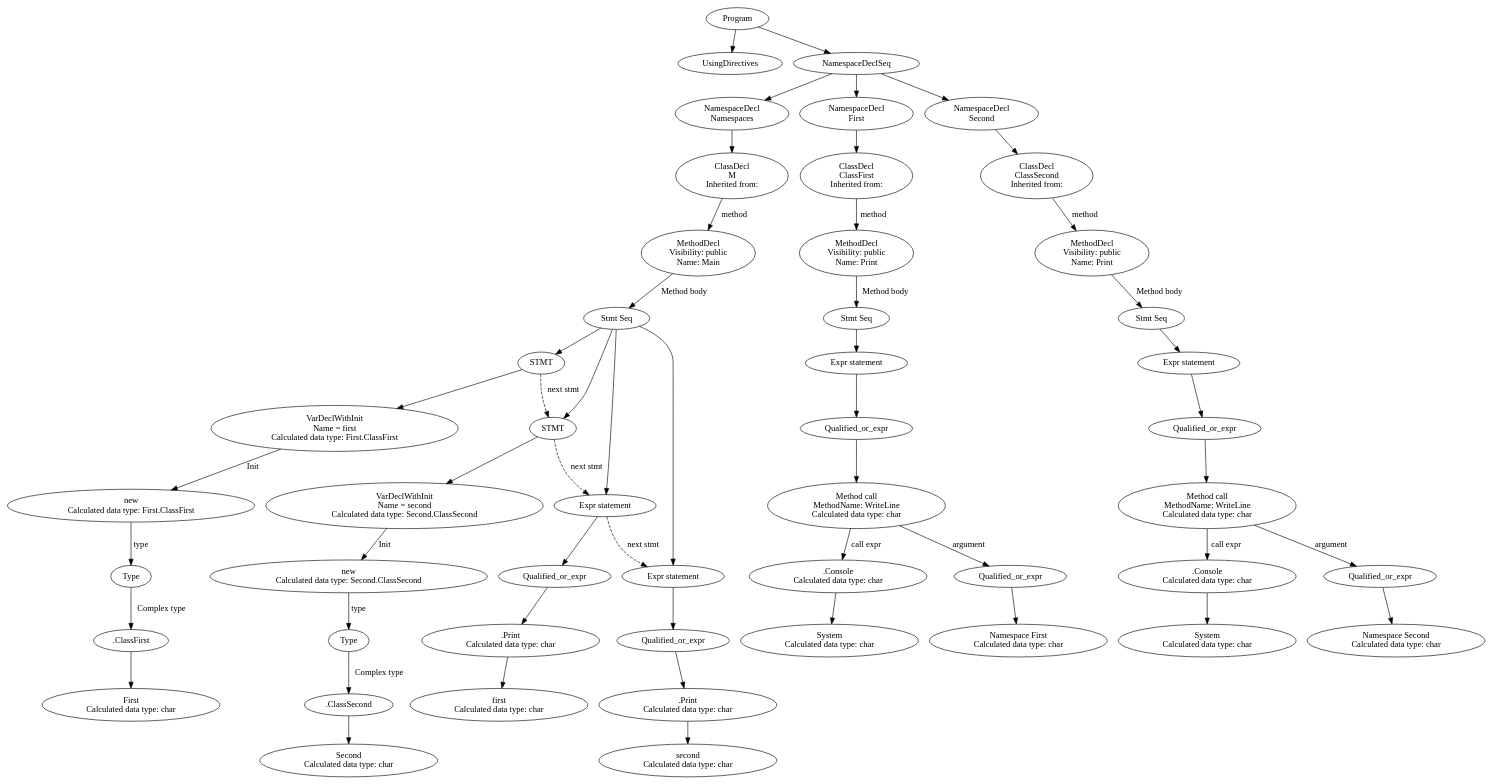
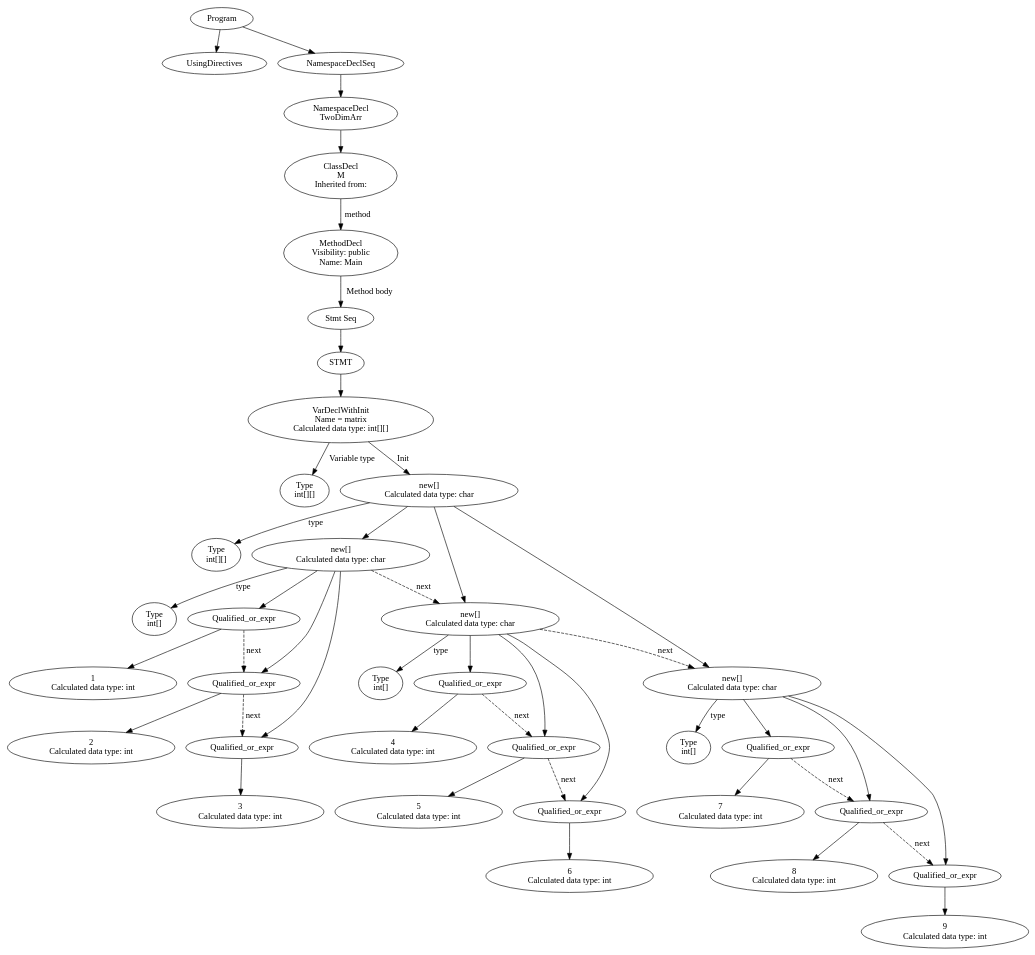
Before and after one commit to SergeyGT/CSharp_Compiler: the diagram in lexer-build/ast.dot, drawn with Graphviz. The commit also changed 2 other files, not shown here.

Commit message:
added test two dimm arr

```diff
--- a/lexer-build/ast.dot
+++ b/lexer-build/ast.dot
@@ -1,102 +1,81 @@
 digraph Program {
-59 [label="Program"]
+42 [label="Program"]
 0 [label="UsingDirectives"]
-28 [label="NamespaceDeclSeq"]
-27 [label="NamespaceDecl\nNamespaces"]
-25 [label="ClassDecl\nM\nInherited from: "]
-23 [label="MethodDecl\nVisibility: public\nName: Main"]
-8 [label="Stmt Seq"]
-7 [label="STMT"]
-6 [label="VarDeclWithInit\nName = first\nCalculated data type: First.ClassFirst"]
-5 [label="new\nCalculated data type: First.ClassFirst"]
-4 [label="Type"]
-3 [label=".ClassFirst"]
-2 [label="First\nCalculated data type: char"]
-3 -> 2
-4 -> 3 [label="Complex type"]
-5 -> 4 [label="type"]
-6 -> 5 [label="Init"]
-7 -> 6
-8 -> 7
-14 [label="STMT"]
-13 [label="VarDeclWithInit\nName = second\nCalculated data type: Second.ClassSecond"]
-12 [label="new\nCalculated data type: Second.ClassSecond"]
-11 [label="Type"]
-10 [label=".ClassSecond"]
-9 [label="Second\nCalculated data type: char"]
-10 -> 9
-11 -> 10 [label="Complex type"]
-12 -> 11 [label="type"]
-13 -> 12 [label="Init"]
-14 -> 13
-8 -> 14
-7 -> 14 [label="next stmt"][style="dashed"]
-18 [label="Expr statement"]
-17 [label="Qualified_or_expr"]
-16 [label=".Print\nCalculated data type: char"]
-15 [label="first\nCalculated data type: char"]
+41 [label="NamespaceDeclSeq"]
+40 [label="NamespaceDecl\nTwoDimArr"]
+38 [label="ClassDecl\nM\nInherited from: "]
+36 [label="MethodDecl\nVisibility: public\nName: Main"]
+35 [label="Stmt Seq"]
+34 [label="STMT"]
+33 [label="VarDeclWithInit\nName = matrix\nCalculated data type: int[][]"]
+2 [label="Type\nint[][]"]
+33 -> 2 [label="Variable type"]
+32 [label="new[]\nCalculated data type: char"]
+3 [label="Type\nint[][]"]
+32 -> 3 [label="type"]
+12 [label="new[]\nCalculated data type: char"]
+4 [label="Type\nint[]"]
+12 -> 4 [label="type"]
+6 [label="Qualified_or_expr"]
+5 [label="1\nCalculated data type: int"]
+6 -> 5
+12 -> 6
+9 [label="Qualified_or_expr"]
+8 [label="2\nCalculated data type: int"]
+9 -> 8
+12 -> 9
+6 -> 9 [label="next"][style="dashed"]
+11 [label="Qualified_or_expr"]
+10 [label="3\nCalculated data type: int"]
+11 -> 10
+12 -> 11
+9 -> 11 [label="next"][style="dashed"]
+32 -> 12
+22 [label="new[]\nCalculated data type: char"]
+14 [label="Type\nint[]"]
+22 -> 14 [label="type"]
+16 [label="Qualified_or_expr"]
+15 [label="4\nCalculated data type: int"]
 16 -> 15
-17 -> 16
-18 -> 17
-8 -> 18
-14 -> 18 [label="next stmt"][style="dashed"]
-22 [label="Expr statement"]
+22 -> 16
+19 [label="Qualified_or_expr"]
+18 [label="5\nCalculated data type: int"]
+19 -> 18
+22 -> 19
+16 -> 19 [label="next"][style="dashed"]
 21 [label="Qualified_or_expr"]
-20 [label=".Print\nCalculated data type: char"]
-19 [label="second\nCalculated data type: char"]
-20 -> 19
+20 [label="6\nCalculated data type: int"]
 21 -> 20
 22 -> 21
-8 -> 22
-18 -> 22 [label="next stmt"][style="dashed"]
-23 -> 8 [label="Method body"]
-25 -> 23 [label="method"]
-27 -> 25
+19 -> 21 [label="next"][style="dashed"]
+32 -> 22
+12 -> 22 [label="next"][style="dashed"]
+31 [label="new[]\nCalculated data type: char"]
+23 [label="Type\nint[]"]
+31 -> 23 [label="type"]
+25 [label="Qualified_or_expr"]
+24 [label="7\nCalculated data type: int"]
+25 -> 24
+31 -> 25
+28 [label="Qualified_or_expr"]
+27 [label="8\nCalculated data type: int"]
 28 -> 27
-43 [label="NamespaceDecl\nFirst"]
-41 [label="ClassDecl\nClassFirst\nInherited from: "]
-39 [label="MethodDecl\nVisibility: public\nName: Print"]
-38 [label="Stmt Seq"]
-37 [label="Expr statement"]
-36 [label="Qualified_or_expr"]
-35 [label="Method call\nMethodName: WriteLine\nCalculated data type: char"]
-31 [label=".Console\nCalculated data type: char"]
-30 [label="System\nCalculated data type: char"]
+31 -> 28
+25 -> 28 [label="next"][style="dashed"]
+30 [label="Qualified_or_expr"]
+29 [label="9\nCalculated data type: int"]
+30 -> 29
 31 -> 30
-35 -> 31 [label="call expr"]
-33 [label="Qualified_or_expr"]
-32 [label="Namespace First\nCalculated data type: char"]
-33 -> 32
-35 -> 33 [label="argument"]
-36 -> 35
-37 -> 36
-38 -> 37
-39 -> 38 [label="Method body"]
-41 -> 39 [label="method"]
-43 -> 41
-28 -> 43
-58 [label="NamespaceDecl\nSecond"]
-56 [label="ClassDecl\nClassSecond\nInherited from: "]
-54 [label="MethodDecl\nVisibility: public\nName: Print"]
-53 [label="Stmt Seq"]
-52 [label="Expr statement"]
-51 [label="Qualified_or_expr"]
-50 [label="Method call\nMethodName: WriteLine\nCalculated data type: char"]
-46 [label=".Console\nCalculated data type: char"]
-45 [label="System\nCalculated data type: char"]
-46 -> 45
-50 -> 46 [label="call expr"]
-48 [label="Qualified_or_expr"]
-47 [label="Namespace Second\nCalculated data type: char"]
-48 -> 47
-50 -> 48 [label="argument"]
-51 -> 50
-52 -> 51
-53 -> 52
-54 -> 53 [label="Method body"]
-56 -> 54 [label="method"]
-58 -> 56
-28 -> 58
-59 -> 0
-59 -> 28
+28 -> 30 [label="next"][style="dashed"]
+32 -> 31
+22 -> 31 [label="next"][style="dashed"]
+33 -> 32 [label="Init"]
+34 -> 33
+35 -> 34
+36 -> 35 [label="Method body"]
+38 -> 36 [label="method"]
+40 -> 38
+41 -> 40
+42 -> 0
+42 -> 41
 }
```
